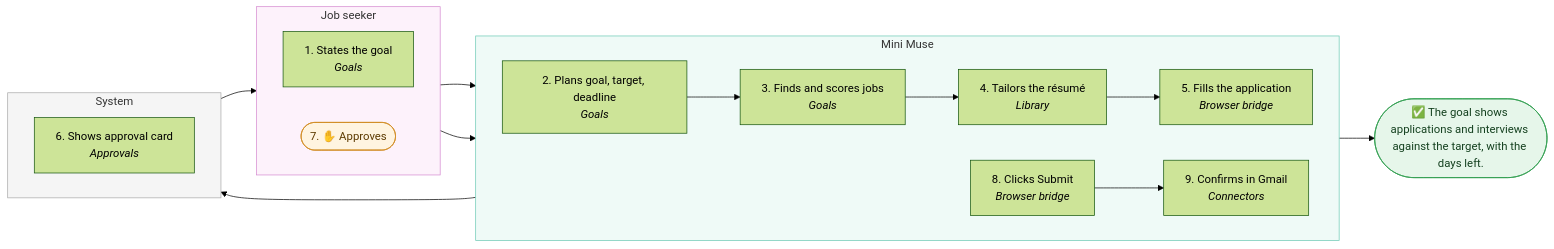
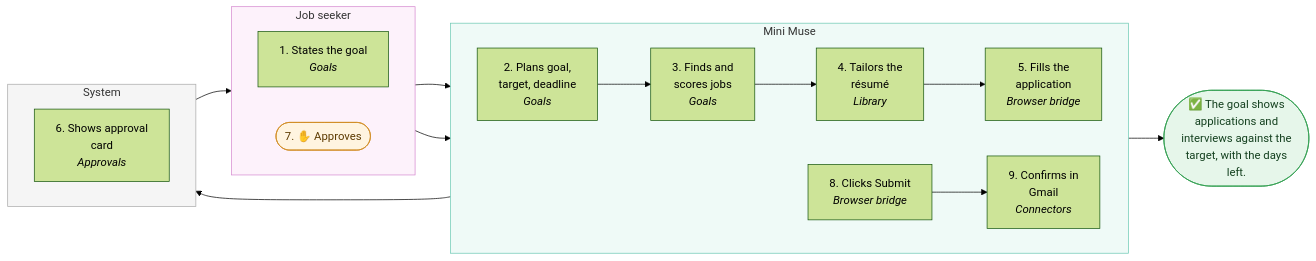
Before and after one commit to lngsa1234/mini-muse-mvp: the first of 6 diagrams in docs/product/baseline.md, drawn with Mermaid (forest theme). The commit also changed other lines of this file, not shown here.

First line of the commit message:
docs: compact journey diagram labels (AgentForge plugin 0.4.3)

````diff
--- a/docs/product/baseline.md
+++ b/docs/product/baseline.md
@@ -53,38 +53,38 @@
 ```mermaid
 flowchart LR
   subgraph user_lane["Job seeker"]
     direction LR
     s1["1. States the goal<br/><i>Goals</i>"]
     s7(["7. ✋ Approves"])
   end
   subgraph agent_lane["Mini Muse"]
     direction LR
-    s2["2. Plans goal, target, deadline<br/><i>Goals</i>"]
-    s3["3. Finds and scores jobs<br/><i>Goals</i>"]
-    s4["4. Tailors the résumé<br/><i>Library</i>"]
-    s5["5. Fills the application<br/><i>Browser bridge</i>"]
+    s2["2. Plans goal,<br/>target, deadline<br/><i>Goals</i>"]
+    s3["3. Finds and<br/>scores jobs<br/><i>Goals</i>"]
+    s4["4. Tailors the<br/>résumé<br/><i>Library</i>"]
+    s5["5. Fills the<br/>application<br/><i>Browser bridge</i>"]
     s8["8. Clicks Submit<br/><i>Browser bridge</i>"]
-    s9["9. Confirms in Gmail<br/><i>Connectors</i>"]
+    s9["9. Confirms in<br/>Gmail<br/><i>Connectors</i>"]
   end
   subgraph system_lane["System"]
     direction LR
-    s6["6. Shows approval card<br/><i>Approvals</i>"]
+    s6["6. Shows approval<br/>card<br/><i>Approvals</i>"]
   end
   s1 --> s2
   s2 --> s3
   s3 --> s4
   s4 --> s5
   s5 --> s6
   s6 --> s7
   s7 --> s8
   s8 --> s9
-  done(["✅ The goal shows applications and interviews against the target, with the days left."])
+  done(["✅ The goal shows<br/>applications and<br/>interviews against the<br/>target, with the days<br/>left."])
   s9 --> done
   classDef approval fill:#fff4e0,stroke:#d18a1f,color:#5c3a00
   classDef outcome fill:#e6f6ea,stroke:#2f9e4f,color:#14401f
   style user_lane fill:#fdf2fb,stroke:#d58ad0
   style agent_lane fill:#effaf7,stroke:#6cc9b4
   style system_lane fill:#f5f5f5,stroke:#aaa
   class s7 approval
   class done outcome
 ```
````
